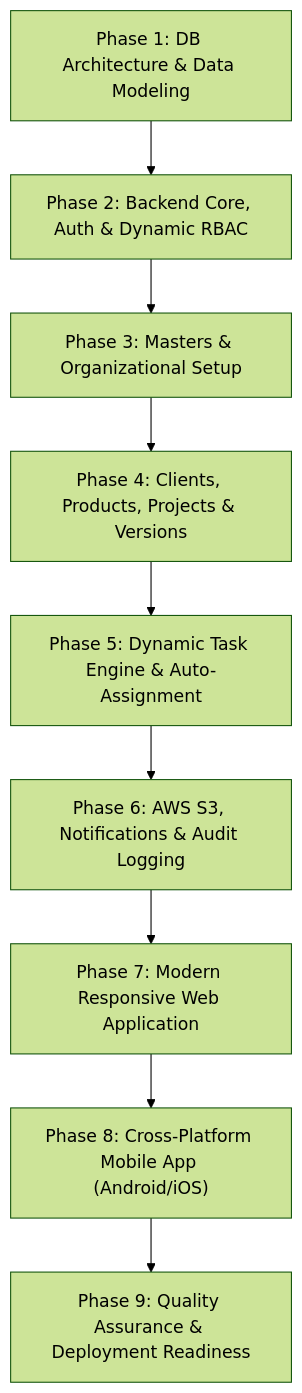
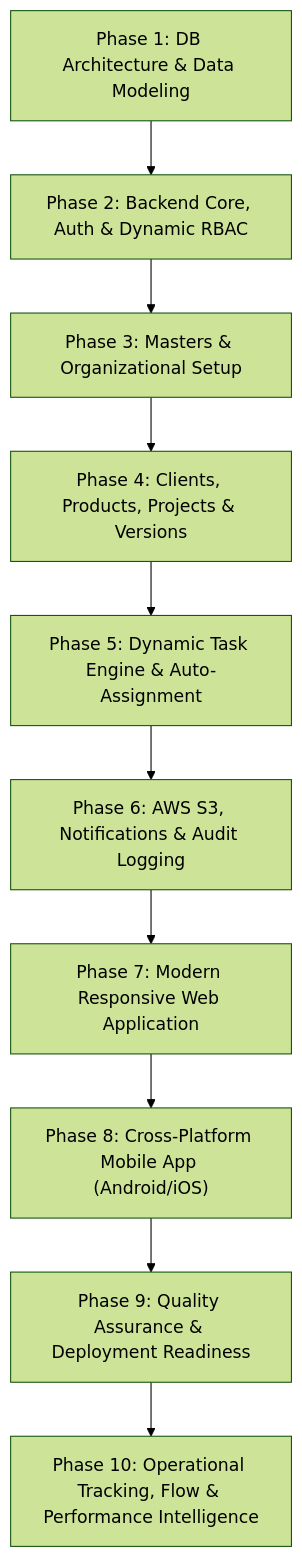
The diagram in docs/plan.md (kashvirainfotech/ks-pmt), drawn with Mermaid (forest theme) before and after one commit. The commit also changed other lines of this file and 4 other files, not shown here.

````diff
--- a/docs/plan.md
+++ b/docs/plan.md
@@ -8,11 +8,12 @@
 ```mermaid
 flowchart TD
     P1["Phase 1: DB Architecture & Data Modeling"] --> P2["Phase 2: Backend Core, Auth & Dynamic RBAC"]
     P2 --> P3["Phase 3: Masters & Organizational Setup"]
     P3 --> P4["Phase 4: Clients, Products, Projects & Versions"]
     P4 --> P5["Phase 5: Dynamic Task Engine & Auto-Assignment"]
     P5 --> P6["Phase 6: AWS S3, Notifications & Audit Logging"]
     P6 --> P7["Phase 7: Modern Responsive Web Application"]
     P7 --> P8["Phase 8: Cross-Platform Mobile App (Android/iOS)"]
     P8 --> P9["Phase 9: Quality Assurance & Deployment Readiness"]
+    P9 --> P10["Phase 10: Operational Tracking, Flow & Performance Intelligence"]
 ```
````
